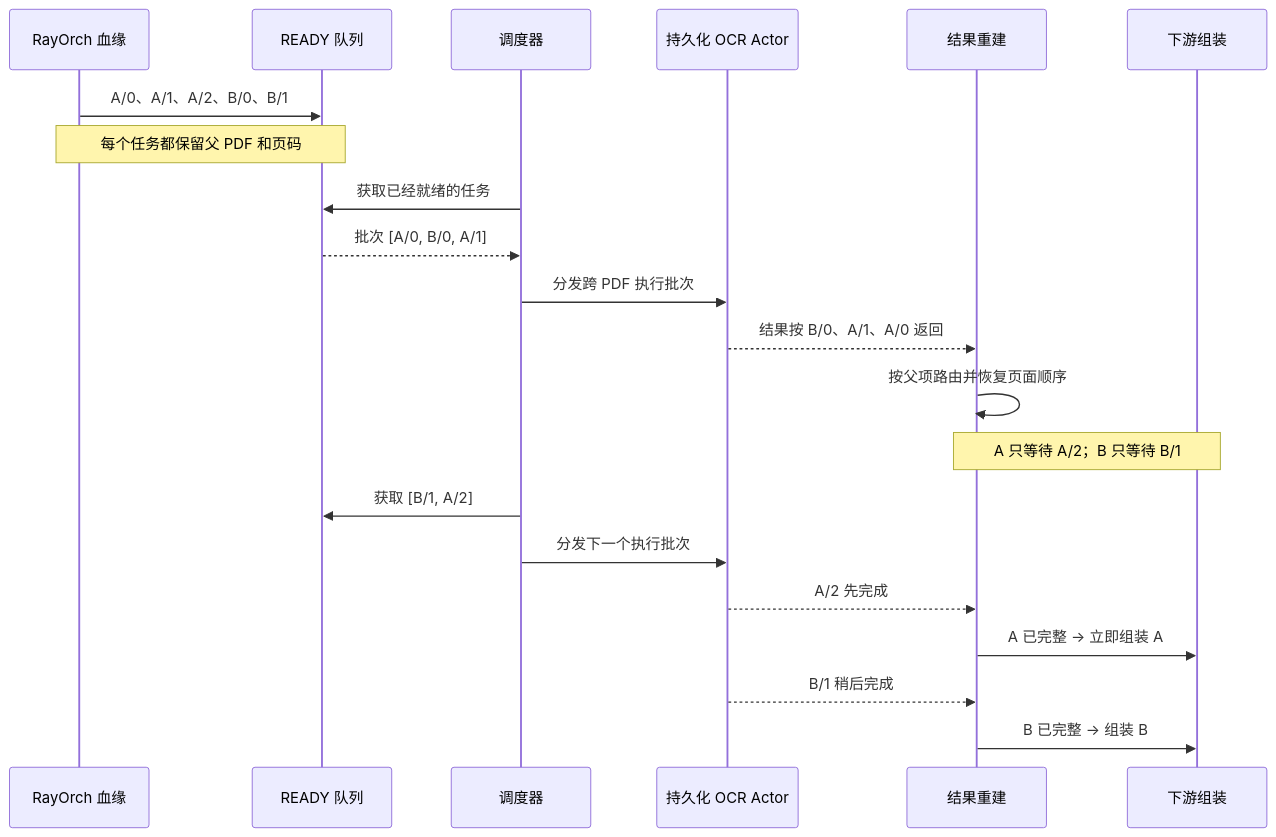
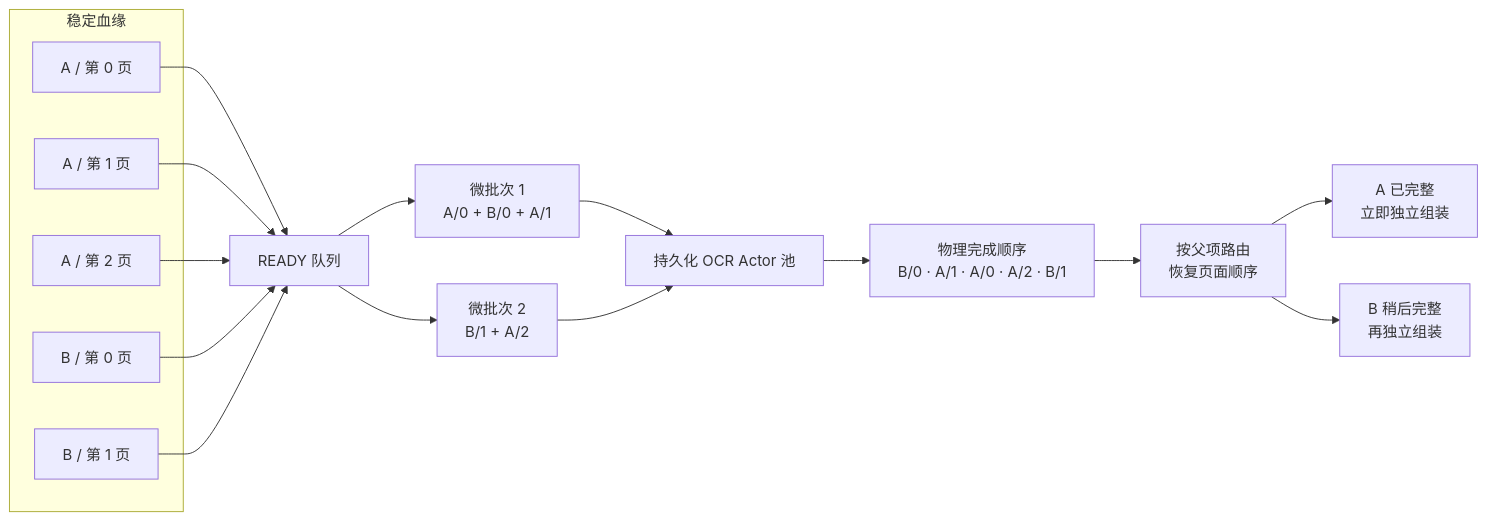
The third of 4 diagrams in README-zh.md (OpenDCAI/RayOrch), drawn with Mermaid before and after one commit. The commit also changed 1 other file, not shown here.

Commit message:
docs: fix scheduling diagram rendering

````diff
--- a/README-zh.md
+++ b/README-zh.md
@@ -115,24 +115,24 @@
 ```mermaid
-sequenceDiagram
-    participant L as RayOrch 血缘
-    participant Q as READY 队列
-    participant S as 调度器
-    participant W as 持久化 OCR Actor
-    participant R as 结果重建
-    participant D as 下游组装
+flowchart LR
+    subgraph Lineage["稳定血缘"]
+        A0["A / 第 0 页"]
+        A1["A / 第 1 页"]
+        A2["A / 第 2 页"]
+        B0["B / 第 0 页"]
+        B1["B / 第 1 页"]
+    end
 
-    L->>Q: A/0、A/1、A/2、B/0、B/1
-    Note over L,Q: 每个任务都保留父 PDF 和页码
-    S->>Q: 获取已经就绪的任务
-    Q-->>S: 批次 [A/0, B/0, A/1]
-    S->>W: 分发跨 PDF 执行批次
-    W-->>R: 结果按 B/0、A/1、A/0 返回
-    R->>R: 按父项路由并恢复页面顺序
-    Note over R,D: A 只等待 A/2；B 只等待 B/1
-    S->>Q: 获取 [B/1, A/2]
-    S->>W: 分发下一个执行批次
-    W-->>R: A/2 先完成
-    R->>D: A 已完整 → 立即组装 A
-    W-->>R: B/1 稍后完成
-    R->>D: B 已完整 → 组装 B
+    A0 --> Ready["READY 队列"]
+    A1 --> Ready
+    A2 --> Ready
+    B0 --> Ready
+    B1 --> Ready
+    Ready --> Batch1["微批次 1<br/>A/0 + B/0 + A/1"]
+    Ready --> Batch2["微批次 2<br/>B/1 + A/2"]
+    Batch1 --> Actors["持久化 OCR Actor 池"]
+    Batch2 --> Actors
+    Actors --> Returned["物理完成顺序<br/>B/0 · A/1 · A/0 · A/2 · B/1"]
+    Returned --> Rebuild["按父项路由<br/>恢复页面顺序"]
+    Rebuild --> DoneA["A 已完整<br/>立即独立组装"]
+    Rebuild --> DoneB["B 稍后完整<br/>再独立组装"]
 ```
````
